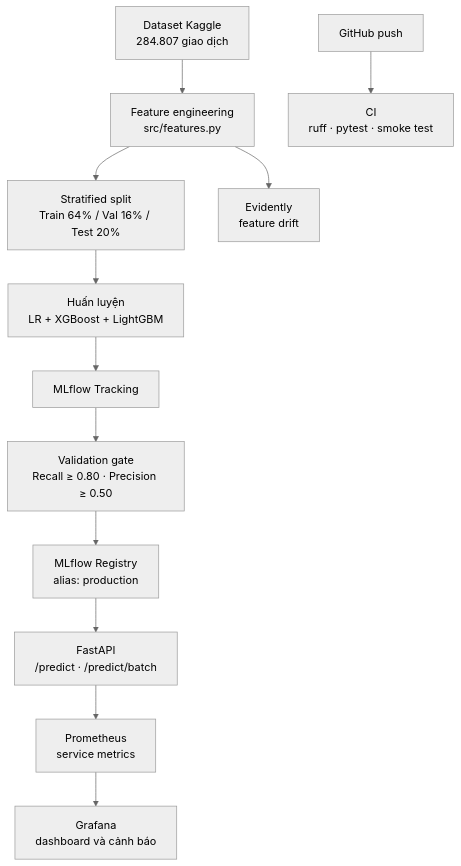
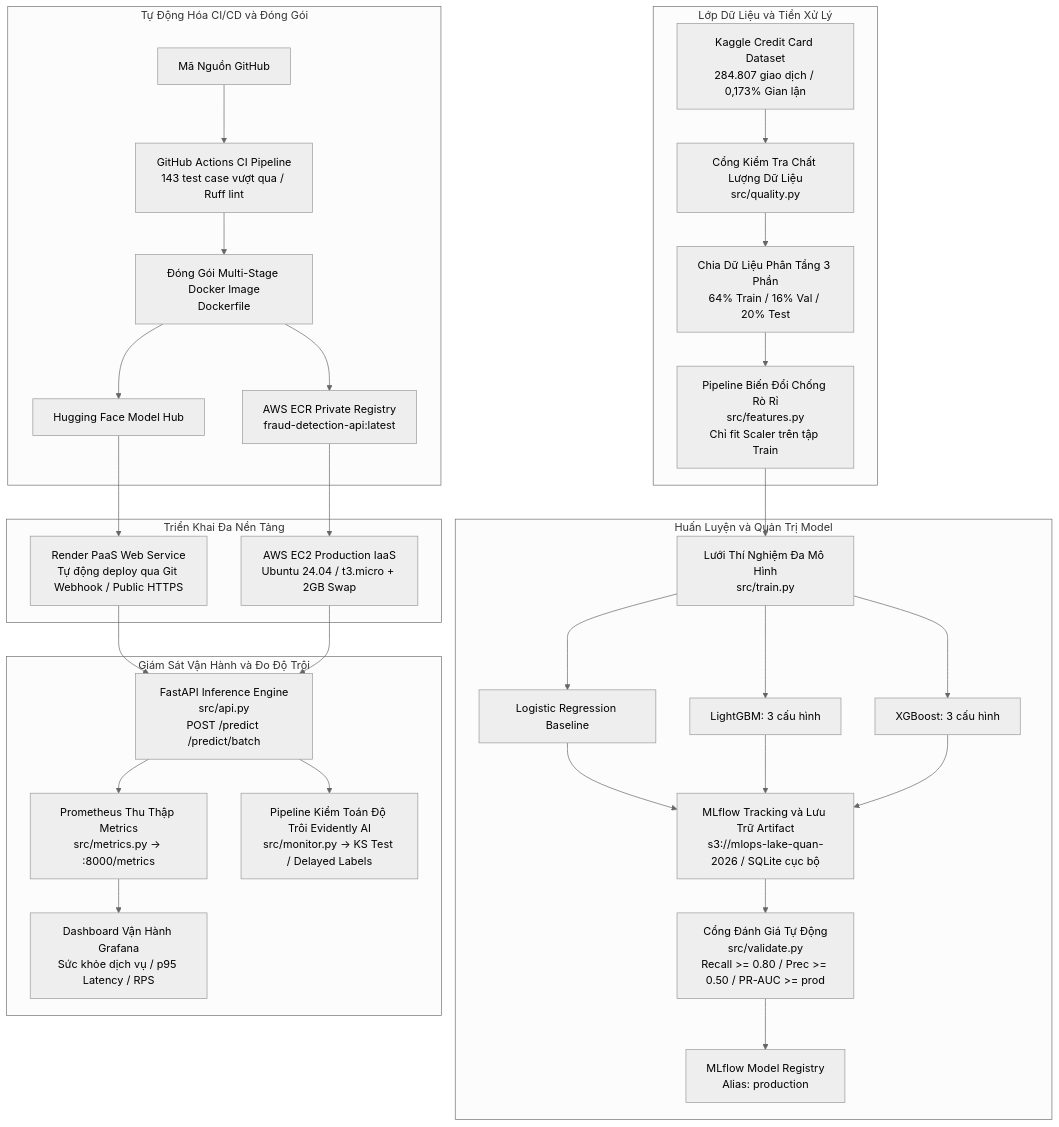
The diagram in README.vi.md (anhquan1111/mlops-fraud-detection), drawn with Mermaid (neutral theme) before and after one commit. The commit also changed other lines of this file and 4 other files, not shown here.

Commit message:
feat: update enterprise documentation, cloud architecture, and dashboard demo

````diff
--- a/README.vi.md
+++ b/README.vi.md
@@ -67,14 +82,57 @@
 ```mermaid
 flowchart TD
-    A[Dataset Kaggle\n284.807 giao dịch] --> B[Feature engineering\nsrc/features.py]
-    B --> C[Stratified split\nTrain 64% / Val 16% / Test 20%]
-    C --> D[Huấn luyện\nLR + XGBoost + LightGBM]
-    D --> E[MLflow Tracking]
-    E --> F[Validation gate\nRecall ≥ 0.80 · Precision ≥ 0.50]
-    F --> G[MLflow Registry\nalias: production]
-    G --> H[FastAPI\n/predict · /predict/batch]
-    H --> I[Prometheus\nservice metrics]
-    I --> J[Grafana\ndashboard và cảnh báo]
-    B --> K[Evidently\nfeature drift]
-    L[GitHub push] --> M[CI\nruff · pytest · smoke test]
+    subgraph DataLayer [Lớp Dữ Liệu và Tiền Xử Lý]
+        A[Kaggle Credit Card Dataset
+284.807 giao dịch / 0,173% Gian lận] --> B[Cổng Kiểm Tra Chất Lượng Dữ Liệu
+src/quality.py]
+        B --> C[Chia Dữ Liệu Phân Tầng 3 Phần
+64% Train / 16% Val / 20% Test]
+        C --> D[Pipeline Biến Đổi Chống Rò Rỉ
+src/features.py
+Chỉ fit Scaler trên tập Train]
+    end
+
+    subgraph TrainingPipeline [Huấn Luyện và Quản Trị Model]
+        D --> E[Lưới Thí Nghiệm Đa Mô Hình
+src/train.py]
+        E --> E1[Logistic Regression Baseline]
+        E --> E2[LightGBM: 3 cấu hình]
+        E --> E3[XGBoost: 3 cấu hình]
+        E1 & E2 & E3 --> F[MLflow Tracking và Lưu Trữ Artifact
+s3://mlops-lake-quan-2026 / SQLite cục bộ]
+        F --> G[Cổng Đánh Giá Tự Động
+src/validate.py
+Recall >= 0.80 / Prec >= 0.50 / PR-AUC >= prod]
+        G --> H[MLflow Model Registry
+Alias: production]
+    end
+
+    subgraph CICD [Tự Động Hóa CI/CD và Đóng Gói]
+        I[Mã Nguồn GitHub] --> J[GitHub Actions CI Pipeline
+143 test case vượt qua / Ruff lint]
+        J --> K[Đóng Gói Multi-Stage Docker Image
+Dockerfile]
+        K --> L1[AWS ECR Private Registry
+fraud-detection-api:latest]
+        K --> L2[Hugging Face Model Hub]
+    end
+
+    subgraph Deployment [Triển Khai Đa Nền Tảng]
+        L2 --> M1[Render PaaS Web Service
+Tự động deploy qua Git Webhook / Public HTTPS]
+        L1 --> M2[AWS EC2 Production IaaS
+Ubuntu 24.04 / t3.micro + 2GB Swap]
+    end
+
+    subgraph Observability [Giám Sát Vận Hành và Đo Độ Trôi]
+        M1 & M2 --> N[FastAPI Inference Engine
+src/api.py
+POST /predict /predict/batch]
+        N --> O[Prometheus Thu Thập Metrics
+src/metrics.py -> :8000/metrics]
+        O --> P[Dashboard Vận Hành Grafana
+Sức khỏe dịch vụ / p95 Latency / RPS]
+        N --> Q[Pipeline Kiểm Toán Độ Trôi Evidently AI
+src/monitor.py -> KS Test / Delayed Labels]
+    end
 ```
````
